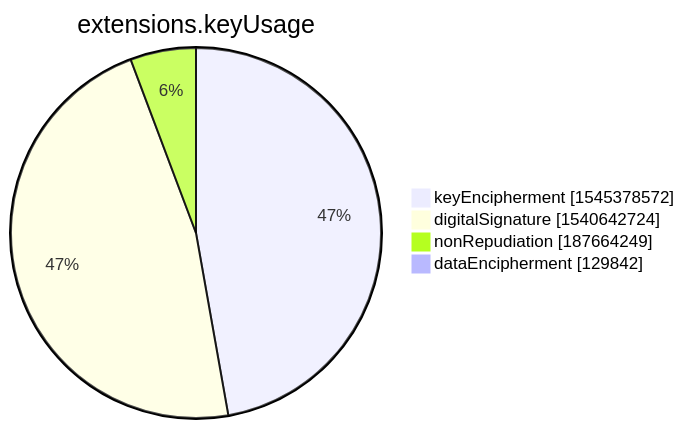
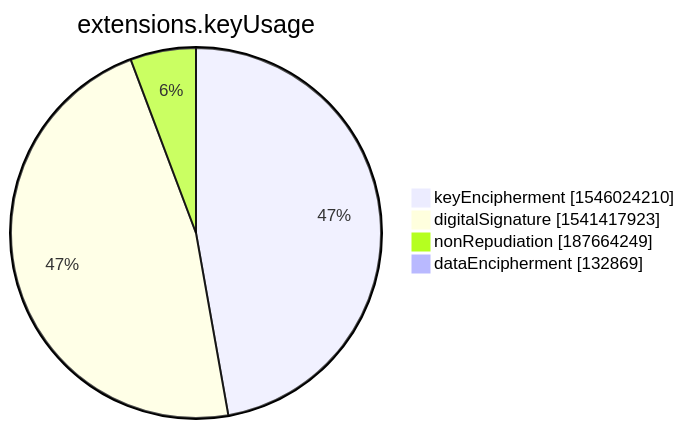
The seventh of 15 diagrams in xenon2022/README.md (christiankrug/ctmonitor_visualization), drawn with Mermaid before and after one commit. The commit also changed other lines of this file, not shown here.

````diff
--- a/xenon2022/README.md
+++ b/xenon2022/README.md
@@ -2851,8 +2851,8 @@
 ```mermaid
 pie showData
 title extensions.keyUsage
-"keyEncipherment" :1545378572
-"digitalSignature" :1540642724
+"keyEncipherment" :1546024210
+"digitalSignature" :1541417923
 "nonRepudiation" :187664249
-"dataEncipherment" :129842
+"dataEncipherment" :132869
 ```
````
